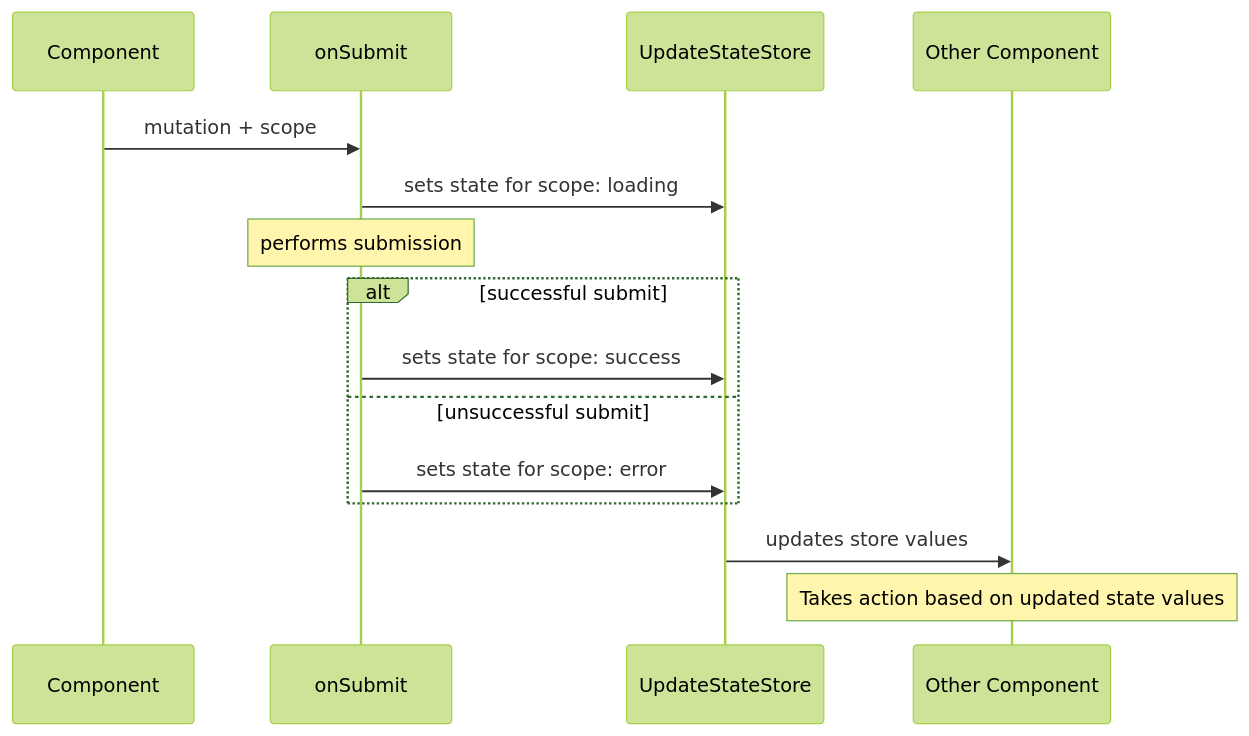
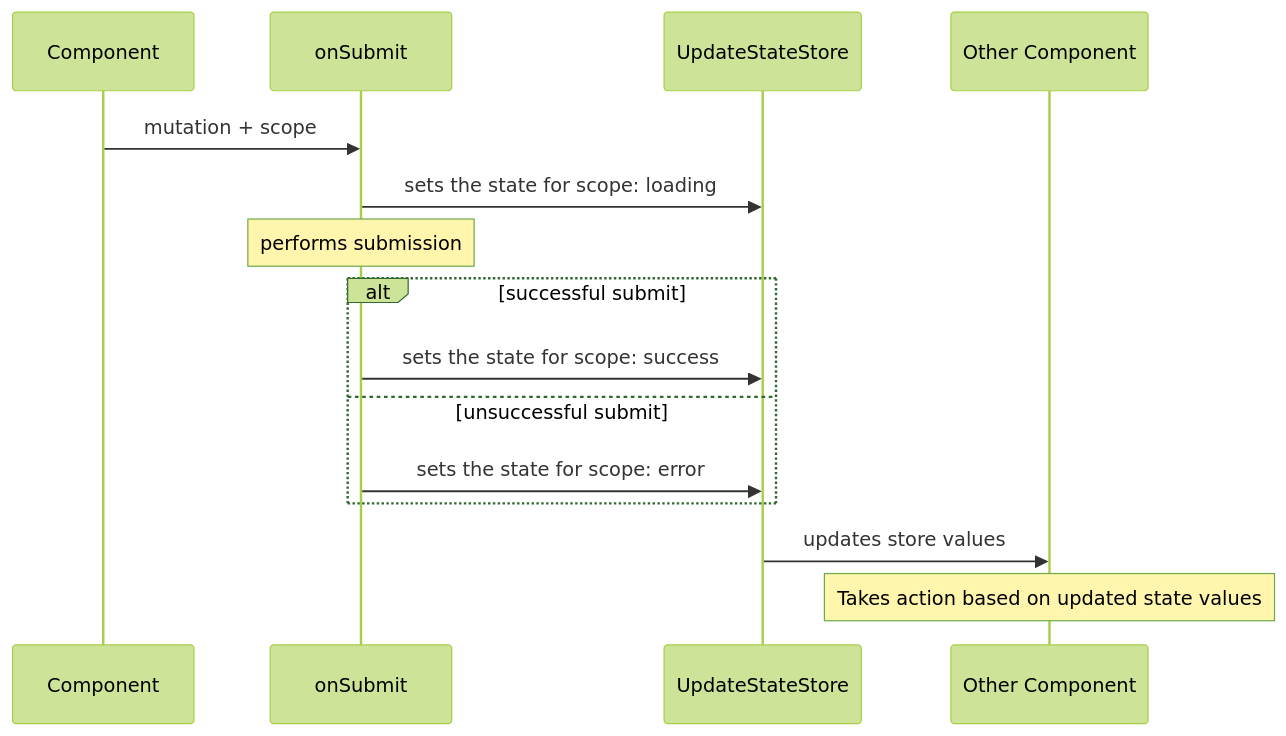
One commit to saleor/storefront changed the third of 7 diagrams in packages/checkout-storefront/README.md. Above: the diagram before and after it, drawn with Mermaid (forest theme). The commit also changed other lines of this file, not shown here.

````diff
--- a/packages/checkout-storefront/README.md
+++ b/packages/checkout-storefront/README.md
@@ -84,13 +84,13 @@
 ```mermaid
 sequenceDiagram
     Component->>onSubmit: mutation + scope
-    onSubmit->> UpdateStateStore: sets state for scope: loading
+    onSubmit->> UpdateStateStore: sets the state for scope: loading
     Note over onSubmit: performs submission
     alt successful submit
-        onSubmit ->> UpdateStateStore: sets state for scope: success
+        onSubmit ->> UpdateStateStore: sets the state for scope: success
     else unsuccessful submit
-        onSubmit ->> UpdateStateStore: sets state for scope: error
+        onSubmit ->> UpdateStateStore: sets the state for scope: error
     end
     UpdateStateStore  ->>  Other Component: updates store values
     Note over Other Component: Takes action based on updated state values
 ```
````
